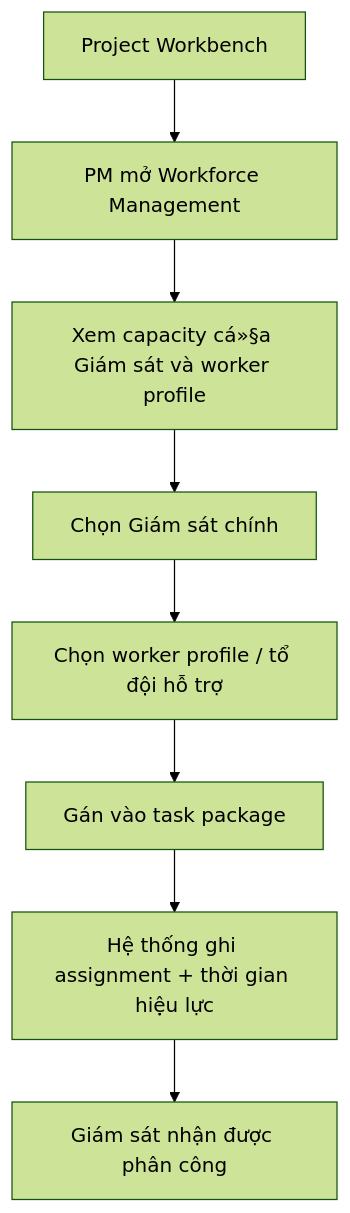
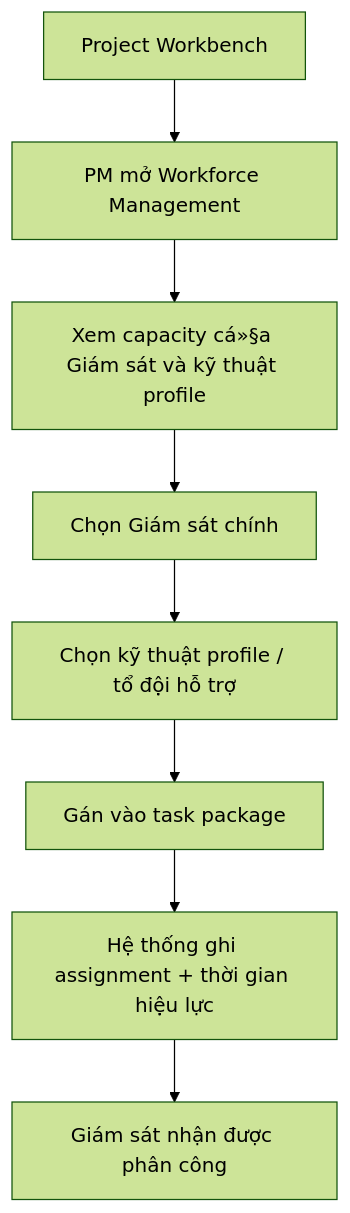
Before and after one commit to dungnt118/sira-thi-cong: the fourth of 8 diagrams in documents/BA-V4/03-UI-UX-Design/PM/User_Flows_PM_v4.md, drawn with Mermaid (forest theme). The commit also changed other lines of this file and 40 other files, not shown here.

Commit message:
feat: Add initial BA-V4 project documentation including ERD, UI/UX designs, and business requirements.

````diff
--- a/documents/BA-V4/03-UI-UX-Design/PM/User_Flows_PM_v4.md
+++ b/documents/BA-V4/03-UI-UX-Design/PM/User_Flows_PM_v4.md
@@ -74,10 +74,10 @@
 ```mermaid
 flowchart TD
   A["Project Workbench"] --> B["PM mở Workforce Management"]
-  B --> C["Xem capacity cá»§a Giám sát và worker profile"]
+  B --> C["Xem capacity cá»§a Giám sát và kỹ thuật profile"]
   C --> D["Chọn Giám sát chính"]
-  D --> E["Chọn worker profile / tổ đội hỗ trợ"]
+  D --> E["Chọn kỹ thuật profile / tổ đội hỗ trợ"]
   E --> F["Gán vào task package"]
   F --> G["Hệ thống ghi assignment + thời gian hiệu lực"]
   G --> H["Giám sát nhận được phân công"]
 ```
````
